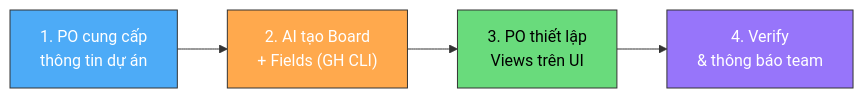
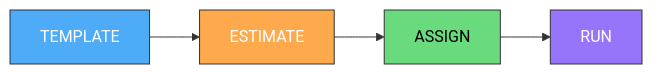
The diagram in 05-product-owner/po-board-create/board-create-process.md (Cyberk-Official/handbooks), drawn with Mermaid before and after one commit. The commit also changed other lines of this file and 1 other file, not shown here.

````diff
--- a/05-product-owner/po-board-create/board-create-process.md
+++ b/05-product-owner/po-board-create/board-create-process.md
@@ -32,11 +32,11 @@
 ```mermaid
 flowchart LR
-    A["1. PO cung cấp\nthông tin dự án"] --> B["2. AI tạo Board\n+ Fields (GH CLI)"]
-    B --> C["3. PO thiết lập\nViews trên UI"]
-    C --> D["4. Verify\n& thông báo team"]
+    A["TEMPLATE"] --> B["ESTIMATE"]
+    B --> C["ASSIGN"]
+    C --> D["RUN"]
 
     style A fill:#4dabf7,stroke:#333,color:#fff
     style B fill:#ffa94d,stroke:#333,color:#fff
     style C fill:#69db7c,stroke:#333,color:#000
     style D fill:#9775fa,stroke:#333,color:#fff
 ```
````
